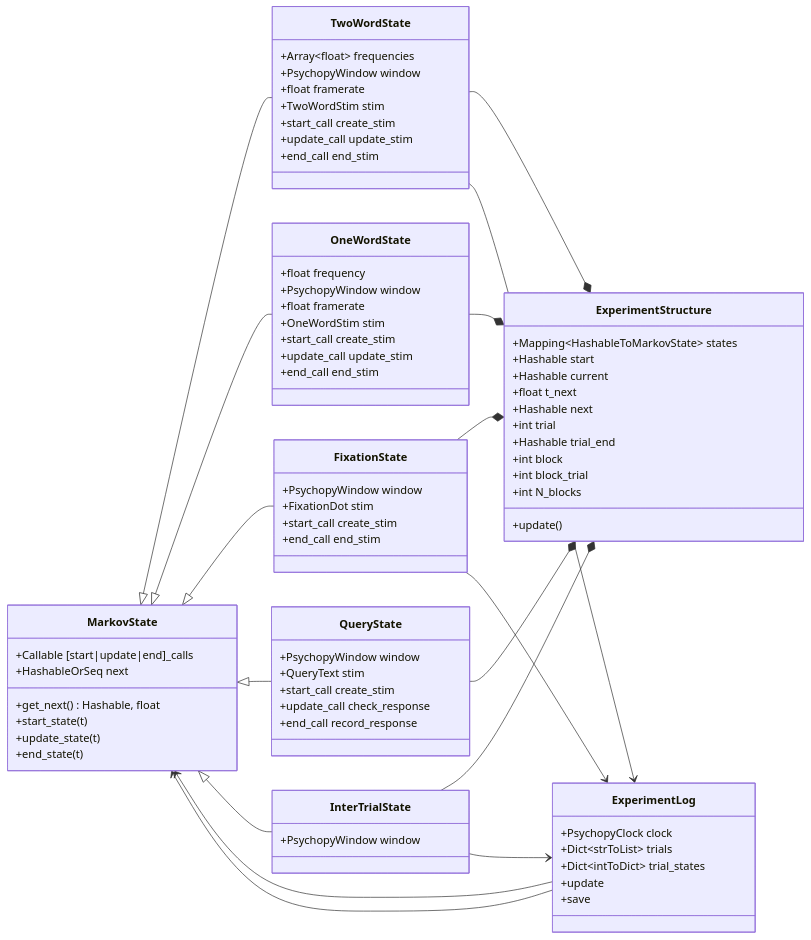
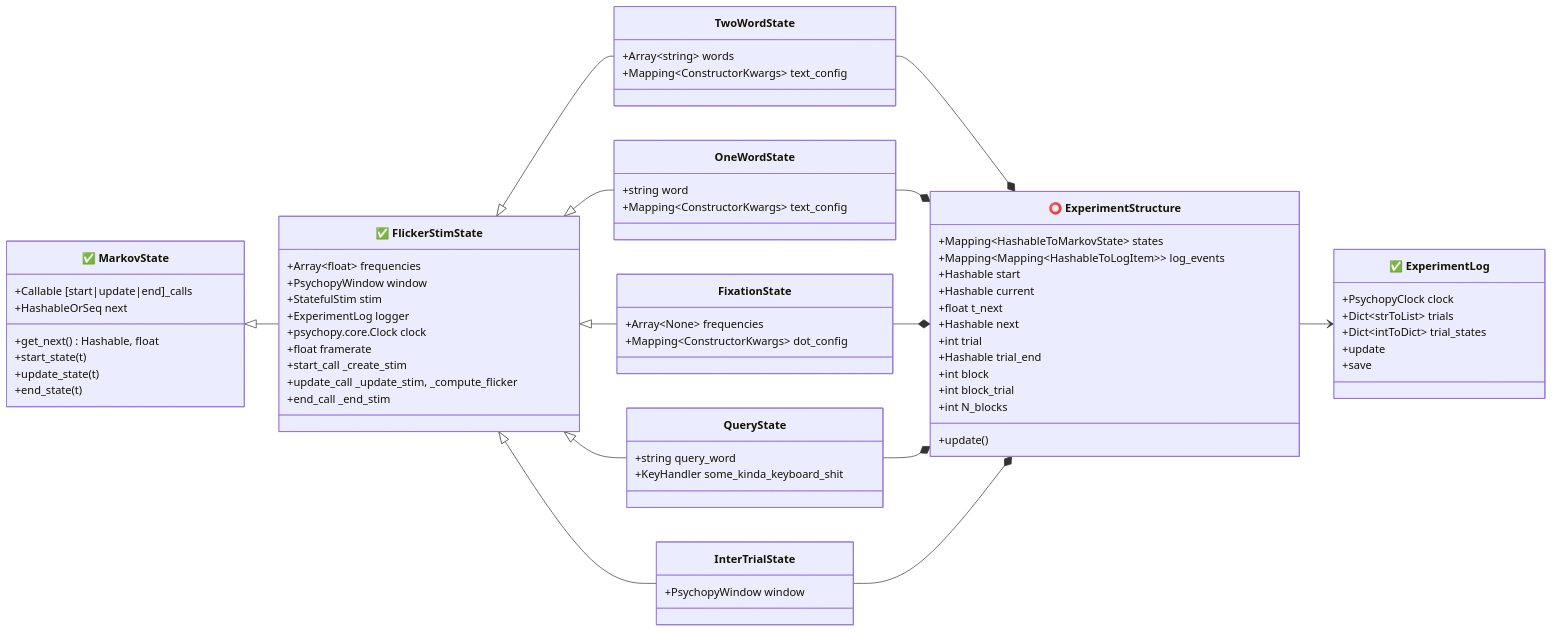
Before and after one commit to neurolingo-lab/language-intermodulation: the diagram in docs/code_structure.md, drawn with Mermaid. The commit also changed 13 other files, not shown here.

````diff
--- a/docs/code_structure.md
+++ b/docs/code_structure.md
@@ -1,81 +1,75 @@
 ```mermaid
 classDiagram
     direction  LR
-    class  MarkovState  {
+    class  MarkovState["✅ MarkovState"]  {
         +Callable  [start|update|end]_calls
         +HashableOrSeq  next
 		+get_next()  Hashable,  float
 		+start_state(t)
 		+update_state(t)
 		+end_state(t)
     }
-    class  TwoWordState  {
+    class  FlickerStimState["✅ FlickerStimState"]  {
 		+Array~float~  frequencies
 		+PsychopyWindow  window
-		+float  framerate
-		+TwoWordStim  stim
-		+start_call  create_stim
-		+update_call  update_stim
-		+end_call  end_stim
+		+StatefulStim  stim
+		+ExperimentLog logger
+		+psychopy.core.Clock clock
+		+float framerate
+		+start_call  _create_stim
+		+update_call  _update_stim, _compute_flicker
+		+end_call  _end_stim
+    }
+    class  TwoWordState  {
+		+Array~string~  words
+		+Mapping~ConstructorKwargs~ text_config
     }
     class  OneWordState  {
-	    +float  frequency
-	    +PsychopyWindow  window
-	    +float  framerate
-	    +OneWordStim  stim
-	    +start_call  create_stim
-	    +update_call  update_stim
-	    +end_call  end_stim        
+	    +string  word
+	    +Mapping~ConstructorKwargs~ text_config
     }
     class  FixationState  {
-        +PsychopyWindow  window
-        +FixationDot  stim
-        +start_call  create_stim
-        +end_call  end_stim  
+        +Array~None~ frequencies
+        +Mapping~ConstructorKwargs~ dot_config
     }
     class  QueryState  {
-        +PsychopyWindow  window
-        +QueryText  stim
-        +start_call  create_stim
-        +update_call  check_response
-        +end_call  record_response
+        +string query_word
+        +KeyHandler some_kinda_keyboard_shit
     }
     class  InterTrialState  {
         +PsychopyWindow  window
     }
-    MarkovState  <|--  TwoWordState
-    MarkovState  <|--  OneWordState
-    MarkovState  <|--  FixationState
-    MarkovState  <|--  QueryState
-    MarkovState  <|--  InterTrialState
-    class  ExperimentStructure  {
+    MarkovState  <|--  FlickerStimState
+    FlickerStimState  <|--  TwoWordState
+    FlickerStimState  <|--  OneWordState
+    FlickerStimState  <|--  FixationState
+    FlickerStimState  <|--  QueryState
+    FlickerStimState  <|--  InterTrialState
+    class  ExperimentStructure["⭕ ExperimentStructure"]  {
         +Mapping~HashableToMarkovState~  states
+        +Mapping~Mapping~HashableToLogItem~~ log_events
         +Hashable  start
         +Hashable  current
         +float  t_next
         +Hashable  next
         +int  trial
         +Hashable  trial_end
         +int  block
         +int  block_trial
         +int  N_blocks
         +update()
     }
     TwoWordState  --*  ExperimentStructure
     OneWordState  --*  ExperimentStructure
     FixationState  --*  ExperimentStructure
     QueryState  --*  ExperimentStructure
     InterTrialState  --*  ExperimentStructure
-    class ExperimentLog  {
+    class ExperimentLog["✅ ExperimentLog"]  {
         +PsychopyClock  clock
         +Dict~strToList~  trials
         +Dict~intToDict~  trial_states
         +update
         +save
     }
-    TwoWordState  -->  ExperimentLog
-    MarkovState  <--  ExperimentLog
-    FixationState  -->  ExperimentLog
-    MarkovState  <--  ExperimentLog
-    InterTrialState  -->  ExperimentLog
+    ExperimentStructure --> ExperimentLog
 ```
````
